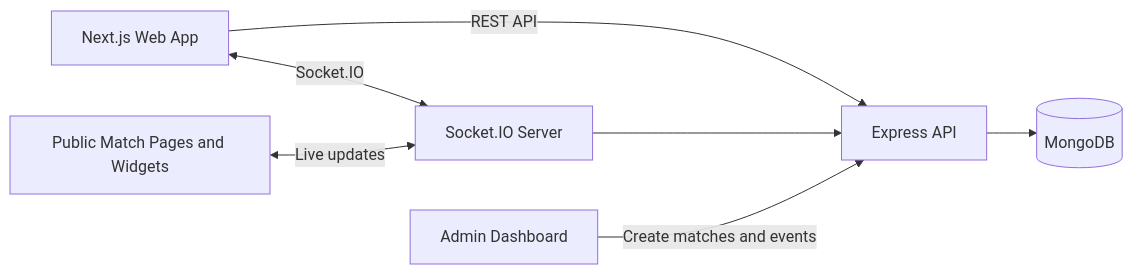
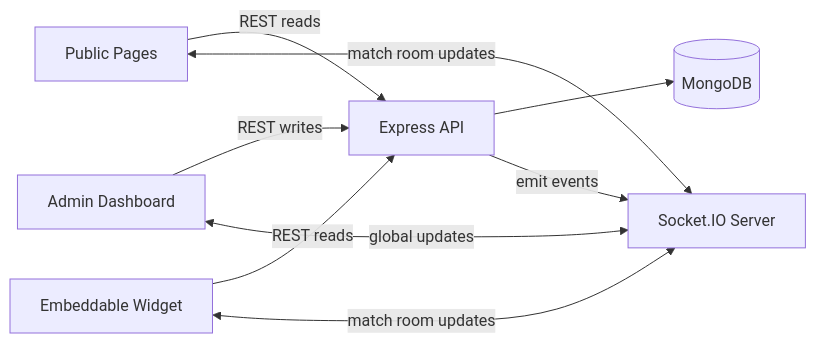
One commit to iboruch/live-match-tracker changed the diagram in README.md. Above: the diagram before and after it, drawn with Mermaid. The commit also changed other lines of this file, not shown here.

````diff
--- a/README.md
+++ b/README.md
@@ -40,9 +35,11 @@
 ```mermaid
 flowchart LR
-  Browser[Next.js Web App] -->|REST API| API[Express API]
-  Browser <-->|Socket.IO| Socket[Socket.IO Server]
+  Admin[Admin Dashboard] -->|REST writes| API[Express API]
+  Public[Public Pages] -->|REST reads| API
+  Widget[Embeddable Widget] -->|REST reads| API
   API --> Mongo[(MongoDB)]
-  Socket --> API
-  Admin[Admin Dashboard] -->|Create matches and events| API
-  Public[Public Match Pages and Widgets] <-->|Live updates| Socket
+  API -->|emit events| Socket[Socket.IO Server]
+  Public <-->|match room updates| Socket
+  Widget <-->|match room updates| Socket
+  Admin <-->|global updates| Socket
 ```
````
